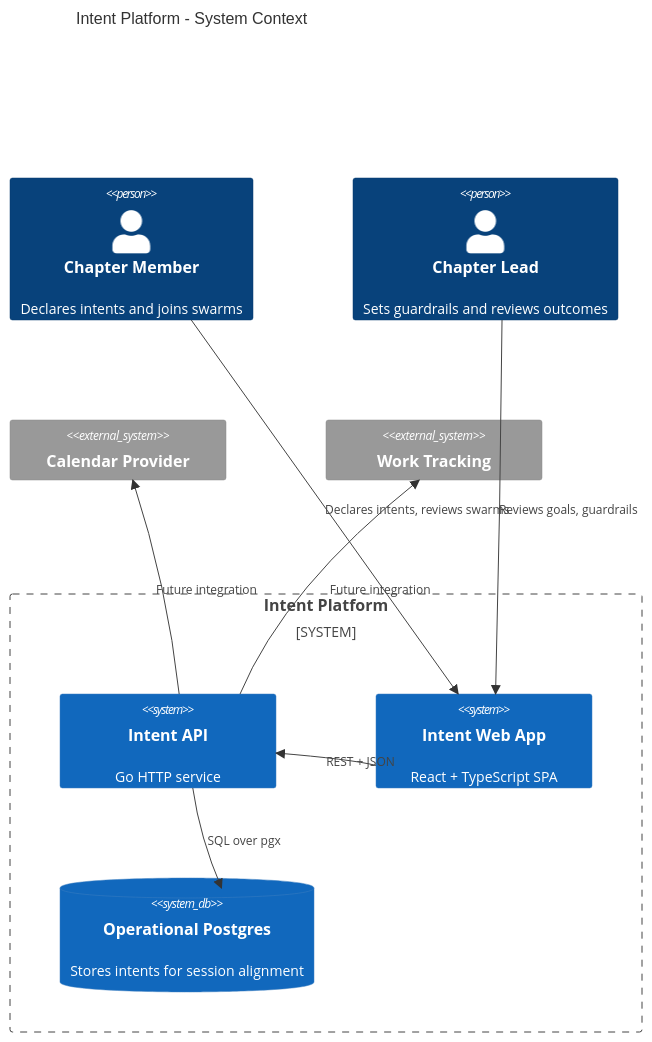
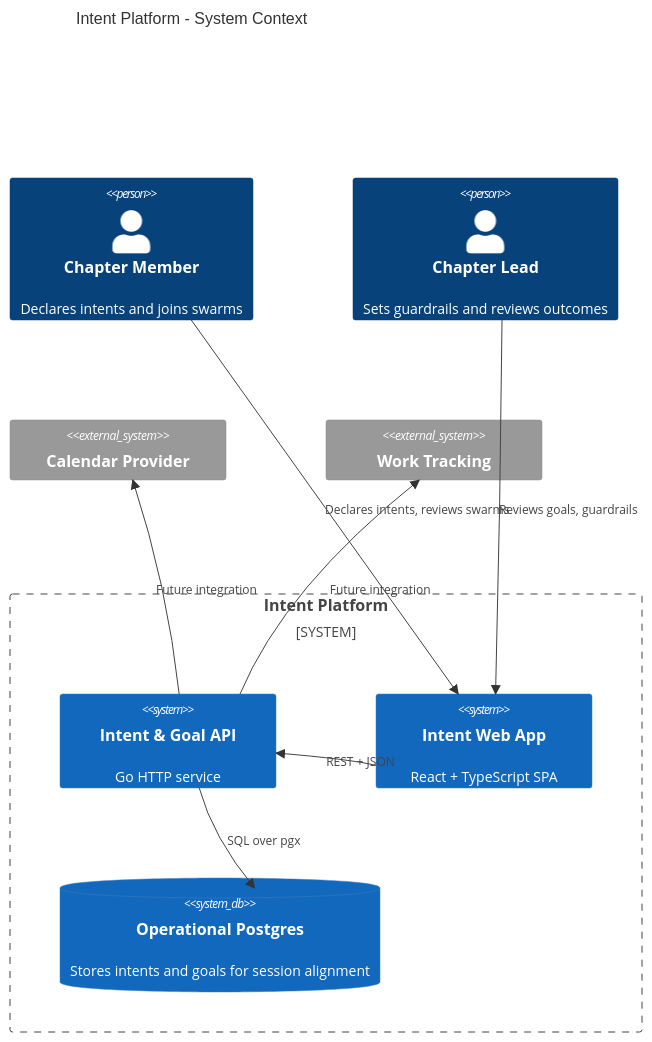
Before and after one commit to aotearoa-david/intent: the first of 2 diagrams in README.md, drawn with Mermaid. The commit also changed other lines of this file and 9 other files, not shown here.

````diff
--- a/README.md
+++ b/README.md
@@ -108,20 +125,20 @@
 ```mermaid
 C4Context
     title Intent Platform - System Context
     Person(member, "Chapter Member", "Declares intents and joins swarms")
     Person(lead, "Chapter Lead", "Sets guardrails and reviews outcomes")
     System_Boundary(platform, "Intent Platform") {
-        System(api, "Intent API", "Go HTTP service")
+        System(api, "Intent & Goal API", "Go HTTP service")
         System(frontend, "Intent Web App", "React + TypeScript SPA")
-        SystemDb(db, "Operational Postgres", "Stores intents for session alignment")
+        SystemDb(db, "Operational Postgres", "Stores intents and goals for session alignment")
     }
     System_Ext(calendar, "Calendar Provider")
     System_Ext(work, "Work Tracking")
 
     Rel(member, frontend, "Declares intents, reviews swarms")
     Rel(frontend, api, "REST + JSON")
     Rel(api, db, "SQL over pgx")
     Rel(lead, frontend, "Reviews goals, guardrails")
     Rel(api, calendar, "Future integration")
     Rel(api, work, "Future integration")
 ```
````
